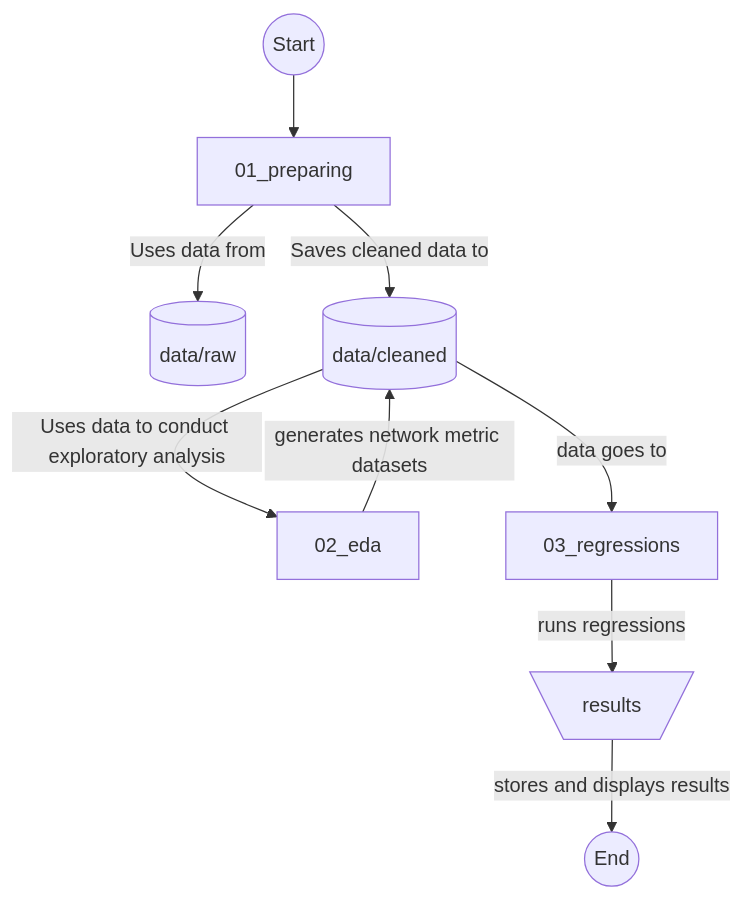
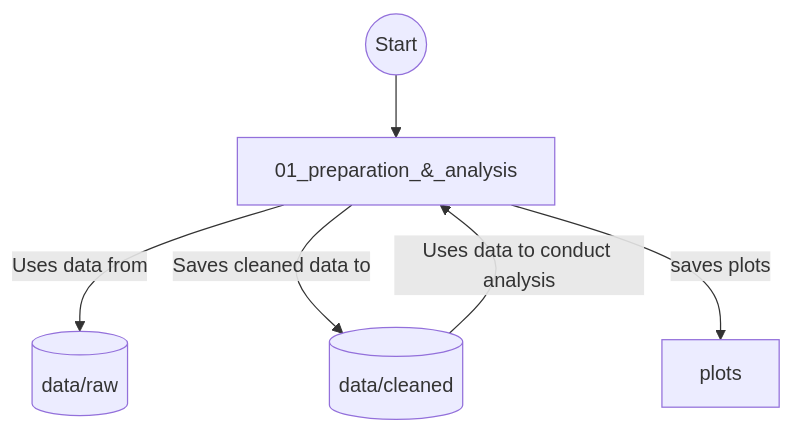
Before and after one commit to TAD600/Trading_Pollution: the diagram in README.md, drawn with Mermaid.

````diff
--- a/README.md
+++ b/README.md
@@ -6,12 +6,8 @@
 ```mermaid
 flowchart TD
-    A((Start)) --> B[01_preparing]
+    A((Start)) --> B[01_preparation_&_analysis]
     B -->|Uses data from| C[(data/raw)]
     B -->|Saves cleaned data to| D[(data/cleaned)]
-    D --> |Uses data to conduct exploratory analysis|E[02_eda]
-    E -->|generates network metric datasets| D
-    D --> |data goes to|F[03_regressions]
-    F -->|runs regressions|H[\results/]
-    H -->|stores and displays results|I((End))
-
+    D --> |Uses data to conduct analysis| B[01_preparation_&_analysis]
+    B -->|saves plots|E[plots]
 ```
````
